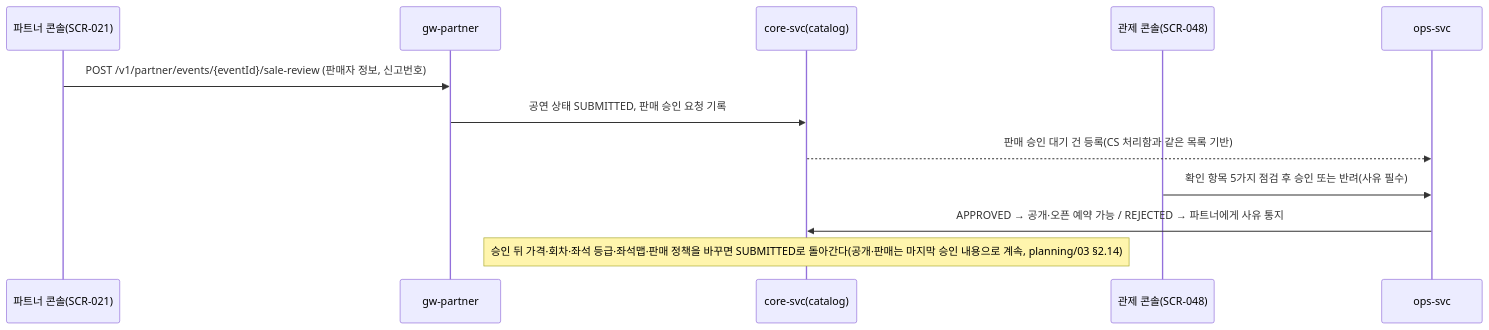
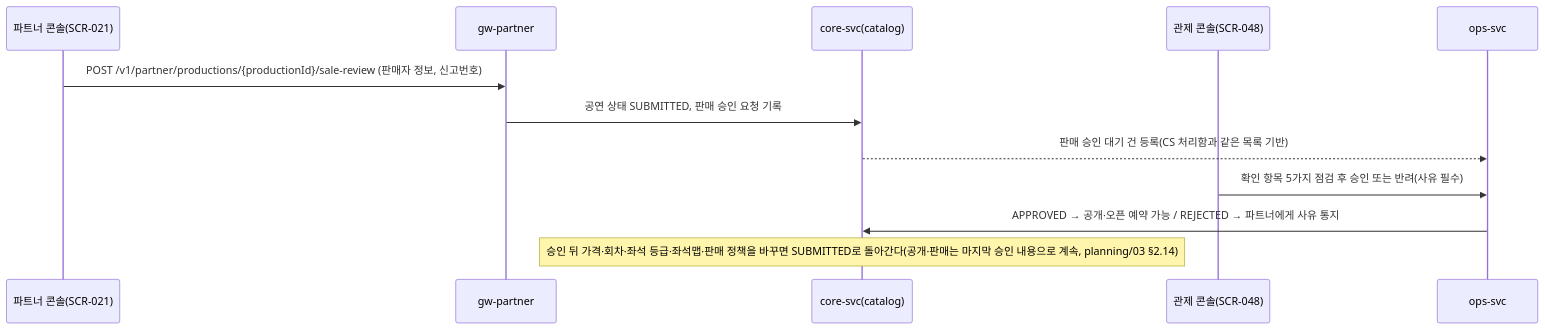
The first of 4 diagrams in docs/features/transfer-refund.md (peaket/peaket), drawn with Mermaid before and after one commit. The commit also changed 40 other files, not shown here.

````diff
--- a/docs/features/transfer-refund.md
+++ b/docs/features/transfer-refund.md
@@ -30,14 +30,14 @@
 ```mermaid
 sequenceDiagram
     participant PC as 파트너 콘솔(SCR-021)
     participant GP as gw-partner
     participant C as core-svc(catalog)
     participant OC as 관제 콘솔(SCR-048)
     participant O as ops-svc
-    PC->>GP: POST /v1/partner/events/{eventId}/sale-review (판매자 정보, 신고번호)
+    PC->>GP: POST /v1/partner/productions/{productionId}/sale-review (판매자 정보, 신고번호)
     GP->>C: 공연 상태 SUBMITTED, 판매 승인 요청 기록
     C-->>O: 판매 승인 대기 건 등록(CS 처리함과 같은 목록 기반)
     OC->>O: 확인 항목 5가지 점검 후 승인 또는 반려(사유 필수)
     O->>C: APPROVED → 공개·오픈 예약 가능 / REJECTED → 파트너에게 사유 통지
     Note over C: 승인 뒤 가격·회차·좌석 등급·좌석맵·판매 정책을 바꾸면 SUBMITTED로 돌아간다(공개·판매는 마지막 승인 내용으로 계속, planning/03 §2.14)
 ```
````
